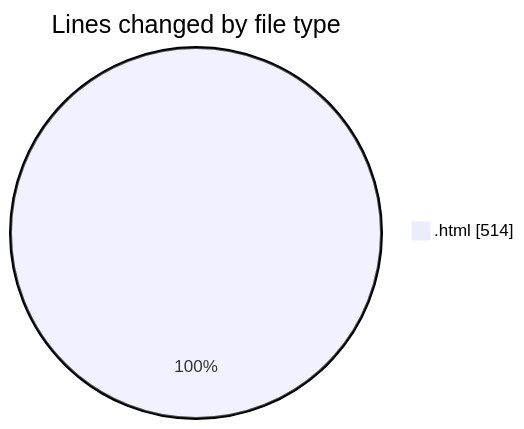
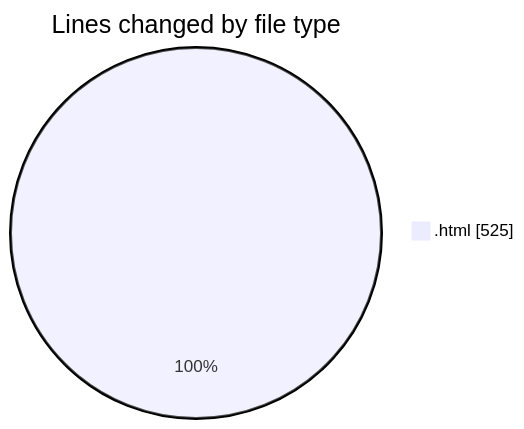
One commit to Ritupan-Deka/code-tracking changed the first of 2 diagrams in 2025-02-04/0starter_files/README.md. Above: the diagram before and after it, drawn with Mermaid. The commit also changed other lines of this file and 1 other file, not shown here.

````diff
--- a/2025-02-04/0starter_files/README.md
+++ b/2025-02-04/0starter_files/README.md
@@ -20,5 +20,5 @@
 ```mermaid
 pie showData
 title Lines changed by file type
-".html" : 514
+".html" : 525
 ```
````
